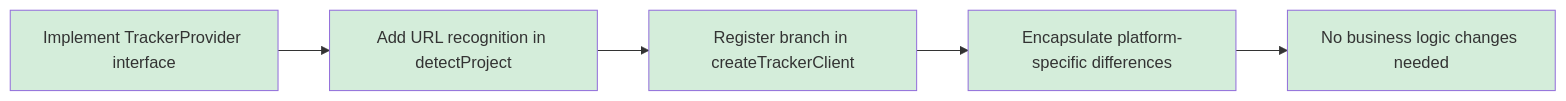
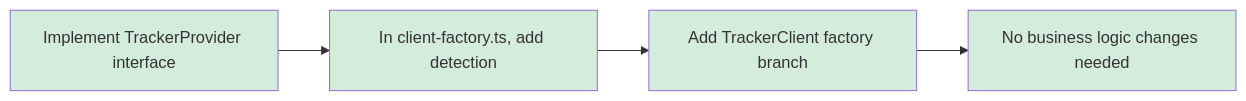
Diagram 17 of 17 in docs/ARCHITECTURE.md (easyhaloo/afk), drawn with Mermaid before and after one commit. The commit also changed other lines of this file and 1 other file, not shown here.

First line of the commit message:
docs: align ARCHITECTURE docs with actual implementation

````diff
--- a/docs/ARCHITECTURE.md
+++ b/docs/ARCHITECTURE.md
@@ -714,10 +856,9 @@
 ```mermaid
 graph LR
-    A[Implement TrackerProvider interface] --> B[Add URL recognition in detectProject]
-    B --> C[Register branch in createTrackerClient]
-    C --> D[Encapsulate platform-specific differences]
-    D --> E[No business logic changes needed]
+    A[Implement TrackerProvider interface] --> B[In client-factory.ts, add detection]
+    B --> C[Add TrackerClient factory branch]
+    C --> D[No business logic changes needed]
 
     classDef new fill:#d4edda
-    class A,B,C,D,E new
+    class A,B,C,D new
 ```
````
